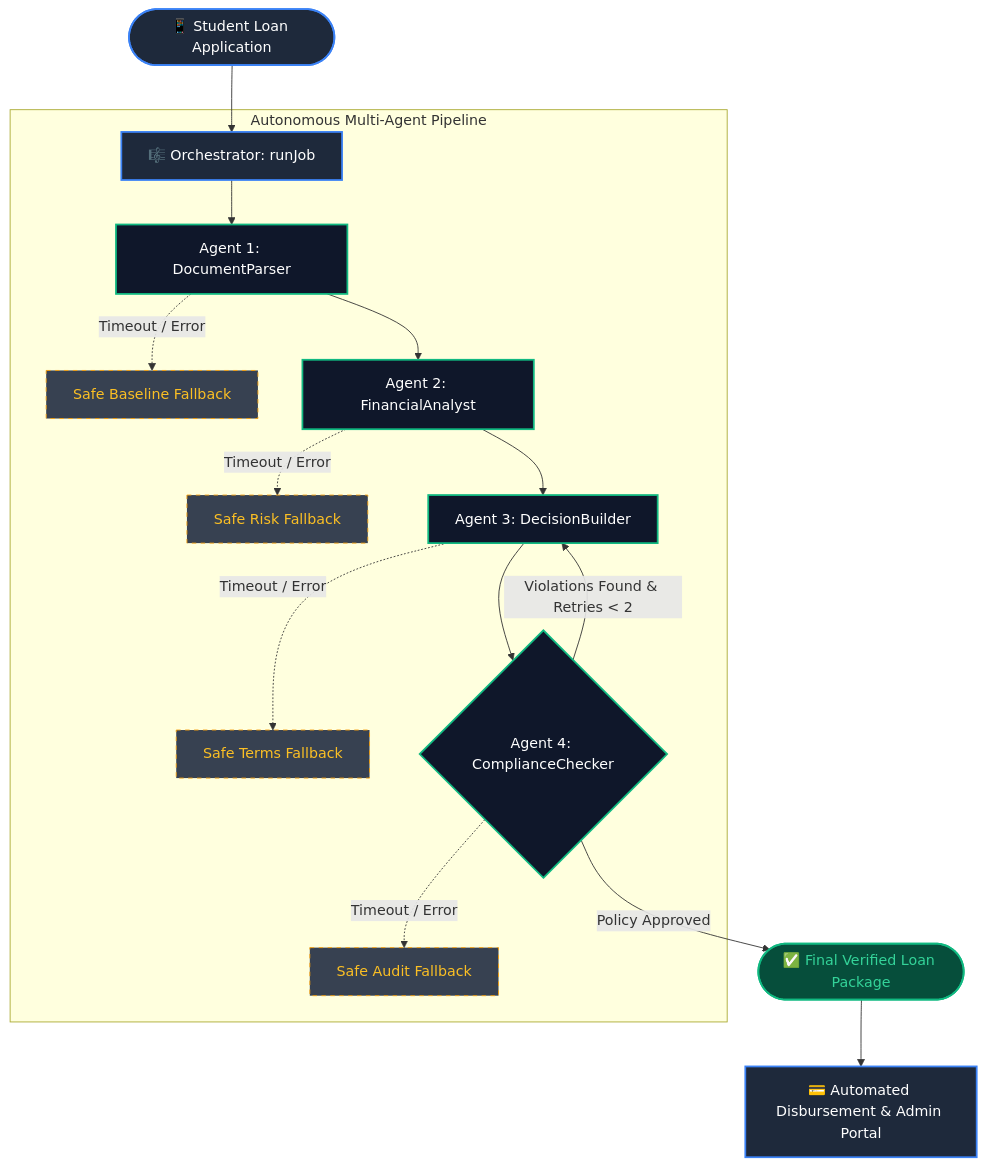
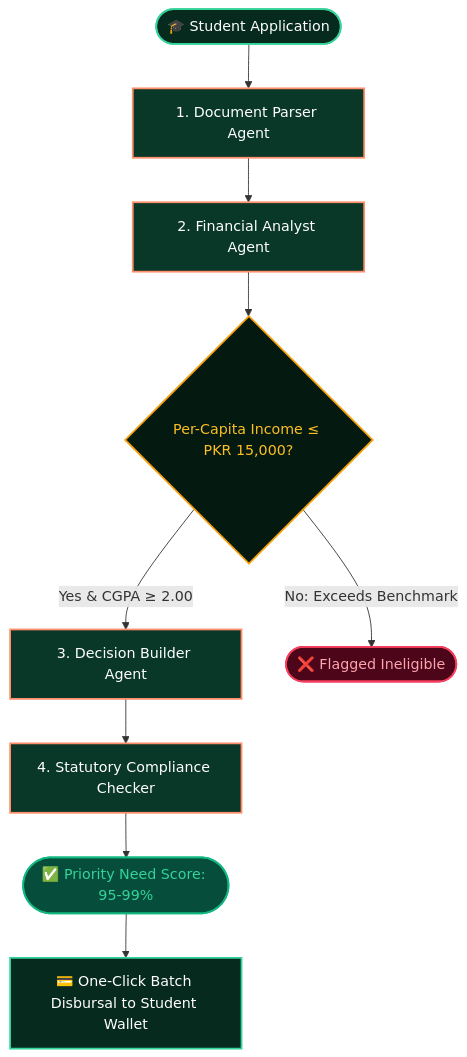
The diagram in README.md (Faiq-Hassan/PennyRelief), drawn with Mermaid before and after one commit. The commit also changed other lines of this file and 118 other files, not shown here.

````diff
--- a/README.md
+++ b/README.md
@@ -54,25 +54,17 @@
 ```mermaid
 flowchart TD
-    classDef startEnd fill:#1e293b,stroke:#3b82f6,stroke-width:2px,color:#fff;
-    classDef agent fill:#0f172a,stroke:#10b981,stroke-width:2px,color:#fff;
-    classDef fallback fill:#374151,stroke:#f59e0b,stroke-width:1px,stroke-dasharray: 5 5,color:#fbbf24;
-    classDef success fill:#064e3b,stroke:#10b981,stroke-width:2px,color:#34d399;
+    classDef startEnd fill:#072a1e,stroke:#34d399,stroke-width:2px,color:#fff;
+    classDef agent fill:#0a3828,stroke:#ff8f6b,stroke-width:2px,color:#fff;
+    classDef check fill:#041910,stroke:#f59e0b,stroke-width:2px,color:#fbbf24;
+    classDef approved fill:#064e3b,stroke:#10b981,stroke-width:2px,color:#34d399;
+    classDef declined fill:#4c0519,stroke:#f43f5e,stroke-width:2px,color:#fda4af;
 
-    A([📱 Student Loan Application]):::startEnd --> B[🎼 Orchestrator: runJob]:::startEnd
-    
-    subgraph Pipeline ["Autonomous Multi-Agent Pipeline"]
-        B --> C[Agent 1: DocumentParser]:::agent
-        C -.->|Timeout / Error| C_FB[Safe Baseline Fallback]:::fallback
-        C --> D[Agent 2: FinancialAnalyst]:::agent
-        D -.->|Timeout / Error| D_FB[Safe Risk Fallback]:::fallback
-        D --> E[Agent 3: DecisionBuilder]:::agent
-        E -.->|Timeout / Error| E_FB[Safe Terms Fallback]:::fallback
-        E --> F{Agent 4: ComplianceChecker}:::agent
-        
-        F -->|Violations Found & Retries < 2| E
-        F -.->|Timeout / Error| F_FB[Safe Audit Fallback]:::fallback
-    end
-
-    F -->|Policy Approved| G([✅ Final Verified Loan Package]):::success
-    G --> H[💳 Automated Disbursement & Admin Portal]:::startEnd
+    A([🎓 Student Application]):::startEnd --> B[1. Document Parser Agent]:::agent
+    B --> C[2. Financial Analyst Agent]:::agent
+    C --> D{Per-Capita Income ≤ PKR 15,000?}:::check
+    D -->|Yes & CGPA ≥ 2.00| E[3. Decision Builder Agent]:::agent
+    D -->|No: Exceeds Benchmark| F([❌ Flagged Ineligible]):::declined
+    E --> G[4. Statutory Compliance Checker]:::agent
+    G --> H([✅ Priority Need Score: 95-99%]):::approved
+    H --> I[💳 One-Click Batch Disbursal to Student Wallet]:::startEnd
 ```
````
